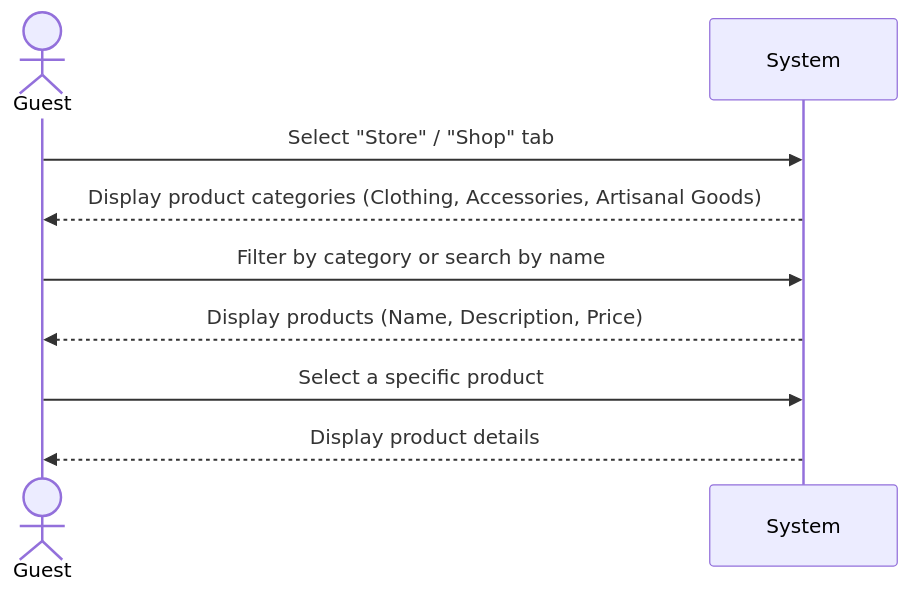
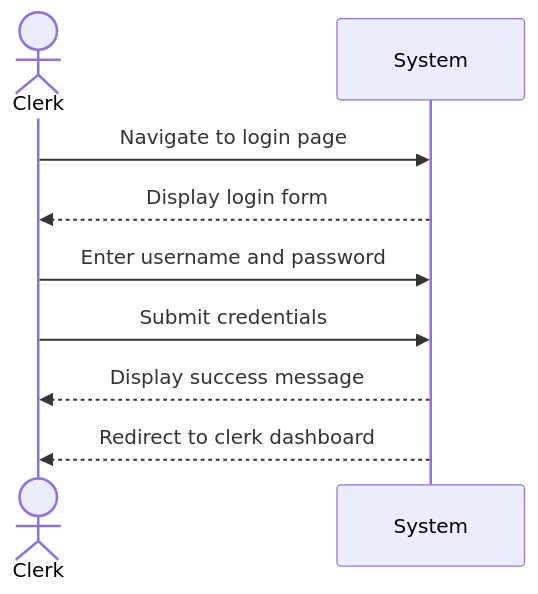
One commit to JaceYar/Software1-Proj changed the diagram in Documentation/User-Cases/BrowseProductCatalog.md. Above: the diagram before and after it, drawn with Mermaid. The commit also changed other lines of this file and 2 other files, not shown here.

````diff
--- a/Documentation/User-Cases/BrowseProductCatalog.md
+++ b/Documentation/User-Cases/BrowseProductCatalog.md
@@ -11,12 +11,12 @@
 ```mermaid
 sequenceDiagram
-    actor Guest
+    actor Clerk
     participant System
 
-    Guest->>System: Select "Store" / "Shop" tab
-    System-->>Guest: Display product categories (Clothing, Accessories, Artisanal Goods)
-    Guest->>System: Filter by category or search by name
-    System-->>Guest: Display products (Name, Description, Price)
-    Guest->>System: Select a specific product
-    System-->>Guest: Display product details
+    Clerk->>System: Navigate to login page
+    System-->>Clerk: Display login form
+    Clerk->>System: Enter username and password
+    Clerk->>System: Submit credentials
+    System-->>Clerk: Display success message
+    System-->>Clerk: Redirect to clerk dashboard
 ```
````
